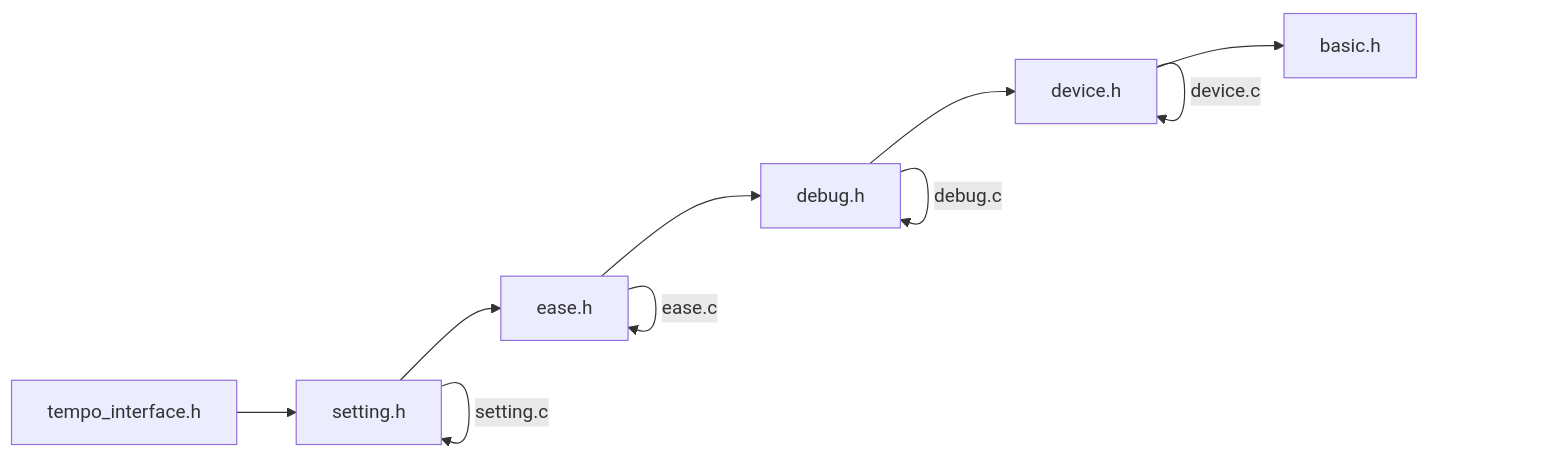
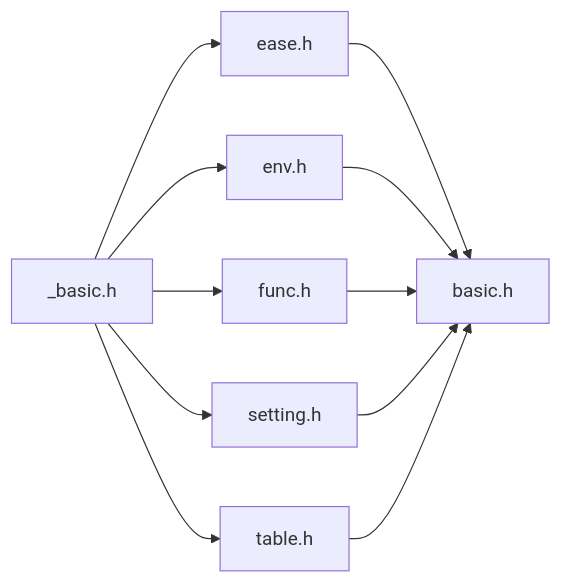
The diagram in src/inner/basic/README.md (ShilianShen/Jasmin), drawn with Mermaid before and after one commit. The commit also changed 4 other files, not shown here.

````diff
--- a/src/inner/basic/README.md
+++ b/src/inner/basic/README.md
@@ -3,8 +3,8 @@
 ```mermaid
 graph LR
-    tempo_interface.h --> setting.h --> ease.h --> debug.h --> device.h --> basic.h
-    setting.h --setting.c--> setting.h
-    ease.h --ease.c--> ease.h
-    debug.h --debug.c--> debug.h
-    device.h --device.c--> device.h
+    _basic.h --> ease.h --> basic.h
+    _basic.h --> env.h --> basic.h
+    _basic.h --> func.h --> basic.h
+    _basic.h --> setting.h --> basic.h
+    _basic.h --> table.h --> basic.h
 ```
````
